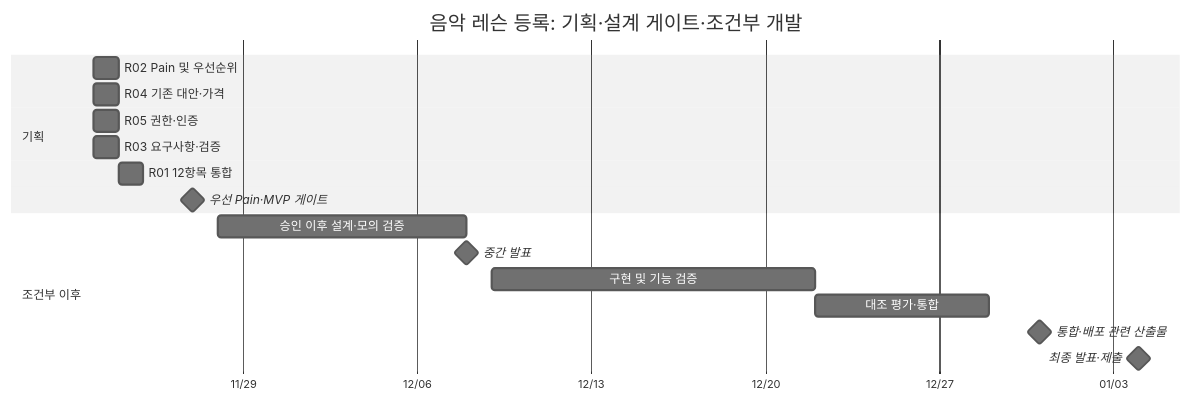
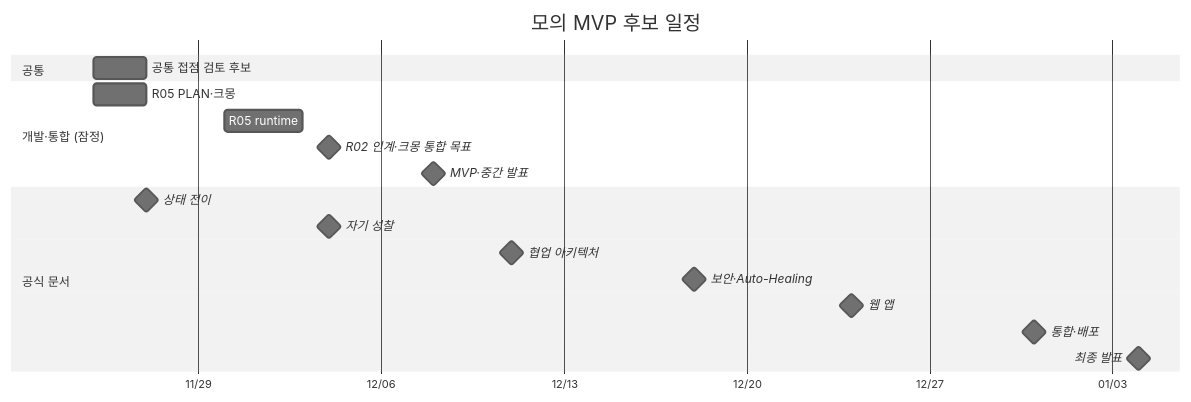
One commit to ik-e/chaja-you changed the diagram in docs/step1/WBS_제출본.md. Above: the diagram before and after it, drawn with Mermaid (neutral theme). The commit also changed other lines of this file and 2 other files, not shown here.

````diff
--- a/docs/step1/WBS_제출본.md
+++ b/docs/step1/WBS_제출본.md
@@ -22,20 +7,21 @@
 ```mermaid
 gantt
-    title 음악 레슨 등록: 기획·설계 게이트·조건부 개발
-    dateFormat YYYY-MM-DD
-    axisFormat %m/%d
-    section 기획
-    R02 Pain 및 우선순위 :a1, 2026-11-23, 1d
-    R04 기존 대안·가격 :a2, 2026-11-23, 1d
-    R05 권한·인증 :a3, 2026-11-23, 1d
-    R03 요구사항·검증 :a4, 2026-11-23, 1d
-    R01 12항목 통합 :a5, 2026-11-24, 1d
-    우선 Pain·MVP 게이트 :milestone, a6, 2026-11-27, 0d
-    section 조건부 이후
-    승인 이후 설계·모의 검증 :a7, 2026-11-28, 10d
-    중간 발표 :milestone, a8, 2026-12-08, 0d
-    구현 및 기능 검증 :a9, 2026-12-09, 13d
-    대조 평가·통합 :a10, 2026-12-22, 7d
-    통합·배포 관련 산출물 :milestone, a11, 2026-12-31, 0d
-    최종 발표·제출 :milestone, a12, 2027-01-04, 0d
+ title 모의 MVP 후보 일정
+ dateFormat YYYY-MM-DD
+ axisFormat %m/%d
+ section 공통
+ 공통 접점 검토 후보 :a1, 2026-11-25, 2026-11-27
+ section 개발·통합 (잠정)
+ R05 PLAN·크몽 :a2, 2026-11-25, 2026-11-27
+ R05 runtime :a3, 2026-11-30, 2026-12-03
+ R02 인계·크몽 통합 목표 :milestone, a4, 2026-12-04, 0d
+ MVP·중간 발표 :milestone, a5, 2026-12-08, 0d
+ section 공식 문서
+ 상태 전이 :milestone, a6, 2026-11-27, 0d
+ 자기 성찰 :milestone, a7, 2026-12-04, 0d
+ 협업 아키텍처 :milestone, a8, 2026-12-11, 0d
+ 보안·Auto-Healing :milestone, a9, 2026-12-18, 0d
+ 웹 앱 :milestone, a10, 2026-12-24, 0d
+ 통합·배포 :milestone, a11, 2026-12-31, 0d
+ 최종 발표 :milestone, a12, 2027-01-04, 0d
 ```
````
